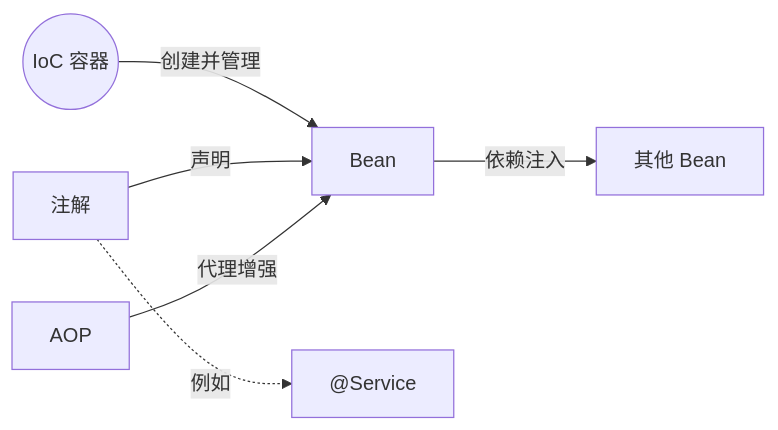
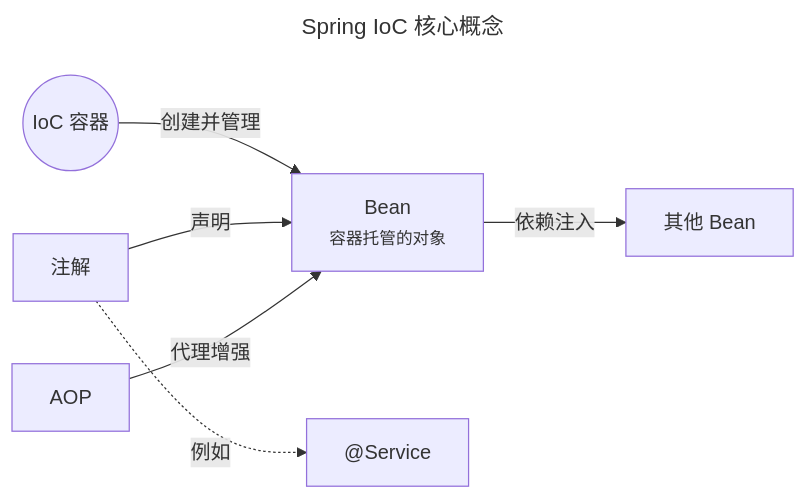
The fourth of 5 diagrams in references/types-thinking.md (huang-hee/diagram-kit), drawn with Mermaid before and after one commit. The commit also changed other lines of this file and 248 other files, not shown here.

First line of the commit message:
feat: 示例按统一风格重做，补齐 42 张 drawio 整图示例，默认工具改为 drawio

````diff
--- a/references/types-thinking.md
+++ b/references/types-thinking.md
@@ -146,8 +150,11 @@
 ```mermaid
+---
+title: Spring IoC 核心概念
+---
 flowchart LR
-  IOC((IoC 容器)):::core -- 创建并管理 --> Bean[Bean]:::concept
+  IOC((IoC 容器)):::core -- 创建并管理 --> Bean["Bean<br><small>容器托管的对象</small>"]:::concept
   ANN[注解]:::concept -- 声明 --> Bean
   Bean -- 依赖注入 --> DEP[其他 Bean]:::sub
   AOP[AOP]:::concept -- 代理增强 --> Bean
   ANN -. 例如 .-> EX["@Service"]:::example
 ```
````
